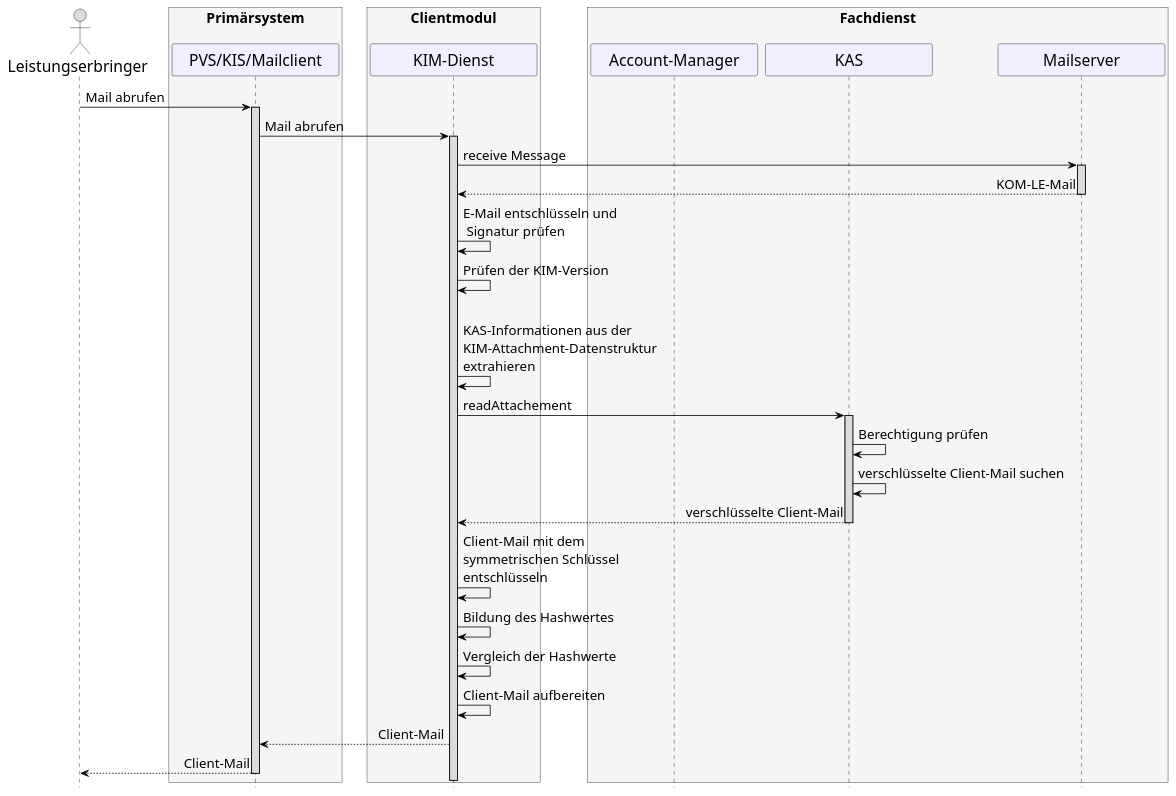
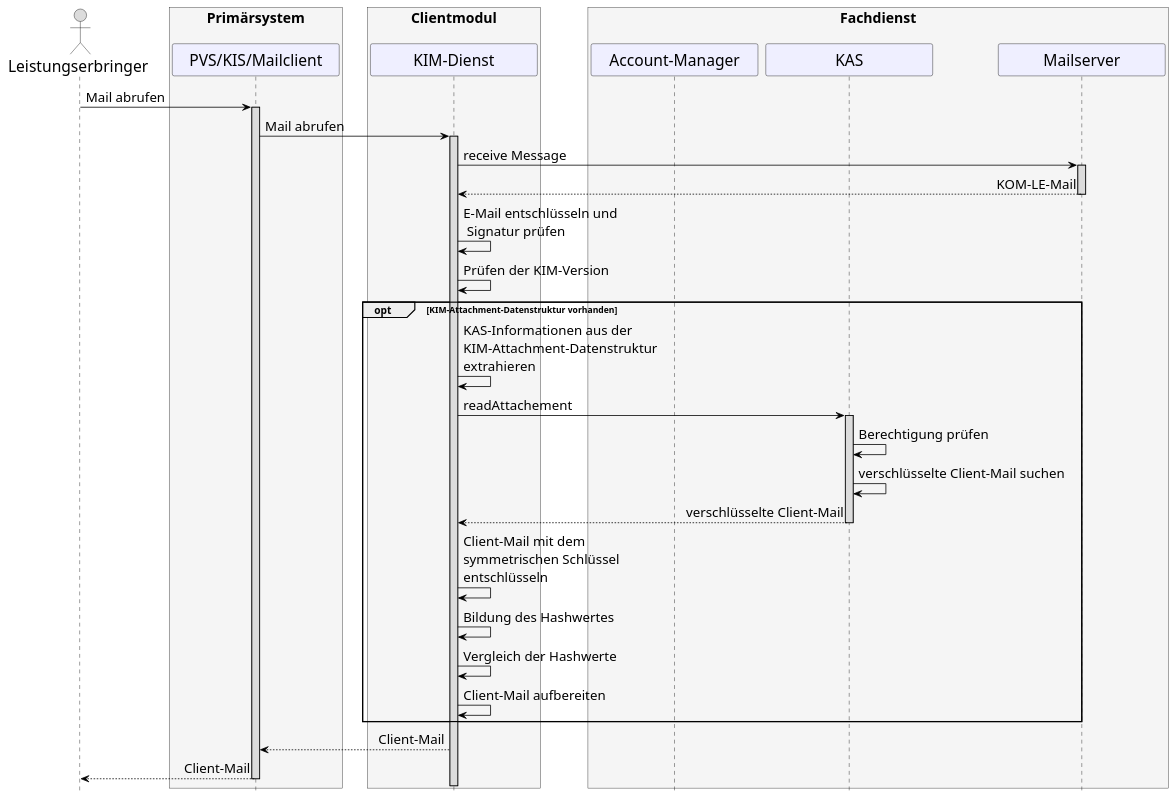
The diagram in src/plantuml/Fachdienst/Seq_kas_email_empfangen.puml (gematik/api-kim), drawn with PlantUML before and after one commit.

Commit message:
Update Seq_kas_email_empfangen.puml
KAS Box as optional

```diff
--- a/src/plantuml/Fachdienst/Seq_kas_email_empfangen.puml
+++ b/src/plantuml/Fachdienst/Seq_kas_email_empfangen.puml
@@ -8,65 +8,66 @@
 @startuml
 skinparam sequenceMessageAlign direction
 skinparam minClassWidth 200
 skinparam BoxPadding 15
 skinparam sequenceReferenceHeaderBackgroundColor palegreen
 scale max 2048 width
 hide footbox
 
 skinparam sequence {
 ArrowColor black
 ArrowFontSize 17
 ActorBorderColor black
 LifeLineBorderColor black
 LifeLineBackgroundColor Gainsboro
 
 ParticipantBorderColor Motivation
 ParticipantBackgroundColor Motivation
 ParticipantFontSize 20
 ParticipantFontColor black
 ParticipantBorderColor Black
 ParticipantBackgroundColor MOTIVATION
 
 ActorBackgroundColor Gainsboro
 ActorFontColor black
 ActorFontSize 20
 ActorFontName Aapex
 }
       actor L as "Leistungserbringer"
       box <size:18>Primärsystem\n #WhiteSmoke
             participant P as "PVS/KIS/Mailclient"
       end box
       box <size:18>Clientmodul\n #WhiteSmoke
       participant KM as "KIM-Dienst"
       end box
       box <size:18>Fachdienst\n #WhiteSmoke
       participant AM as "Account-Manager"
       participant K as "KAS"
       participant MS as "Mailserver"
       end box
 
 L->P: Mail abrufen
  activate P
  P->KM: Mail abrufen
  activate KM
  KM->MS++: receive Message
  MS-->KM--: KOM-LE-Mail
  KM->KM: E-Mail entschlüsseln und\n Signatur prüfen
  KM->KM: Prüfen der KIM-Version
  opt KIM-Attachment-Datenstruktur vorhanden
- KM->KM: KAS-Informationen aus der\nKIM-Attachment-Datenstruktur\nextrahieren
- KM->K: readAttachement
- activate K
- K->K: Berechtigung prüfen
- K->K: verschlüsselte Client-Mail suchen
- K-->KM: verschlüsselte Client-Mail
- deactivate K
+  KM->KM: KAS-Informationen aus der\nKIM-Attachment-Datenstruktur\nextrahieren
+  KM->K: readAttachement
+  activate K
+  K->K: Berechtigung prüfen
+  K->K: verschlüsselte Client-Mail suchen
+  K-->KM: verschlüsselte Client-Mail
+  deactivate K
   KM->KM: Client-Mail mit dem\nsymmetrischen Schlüssel\nentschlüsseln
   KM->KM: Bildung des Hashwertes
   KM->KM: Vergleich der Hashwerte
   KM->KM: Client-Mail aufbereiten
-  KM-->P: Client-Mail
-  deactivate K
-  P-->L: Client-Mail
-  deactivate P
+ end
+ KM-->P: Client-Mail
+ deactivate K
+ P-->L: Client-Mail
+ deactivate P
 @enduml
```
